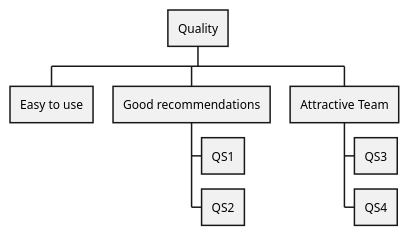
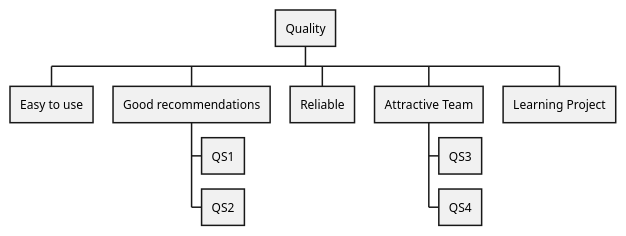
The diagram in src/main/jbake/content/documentation/arc42/src/10_quality_scenarios.adoc (dancier/documentation), drawn with PlantUML before and after one commit. The commit also changed 1 other file, not shown here.

Commit message:
descrete headers for adrs

```diff
--- a/src/main/jbake/content/documentation/arc42/src/10_quality_scenarios.adoc
+++ b/src/main/jbake/content/documentation/arc42/src/10_quality_scenarios.adoc
@@ -6,16 +6,21 @@
 [plantuml, cloud-architecture, svg]
 ....
 @startwbs
 * Quality
 ** Easy to use
 
 ** Good recommendations
 *** QS1
 *** QS2
 
+** Reliable
+
 
 ** Attractive Team
 *** QS3
 *** QS4
+
+** Learning Project
+
 @endwbs
 ....
```
